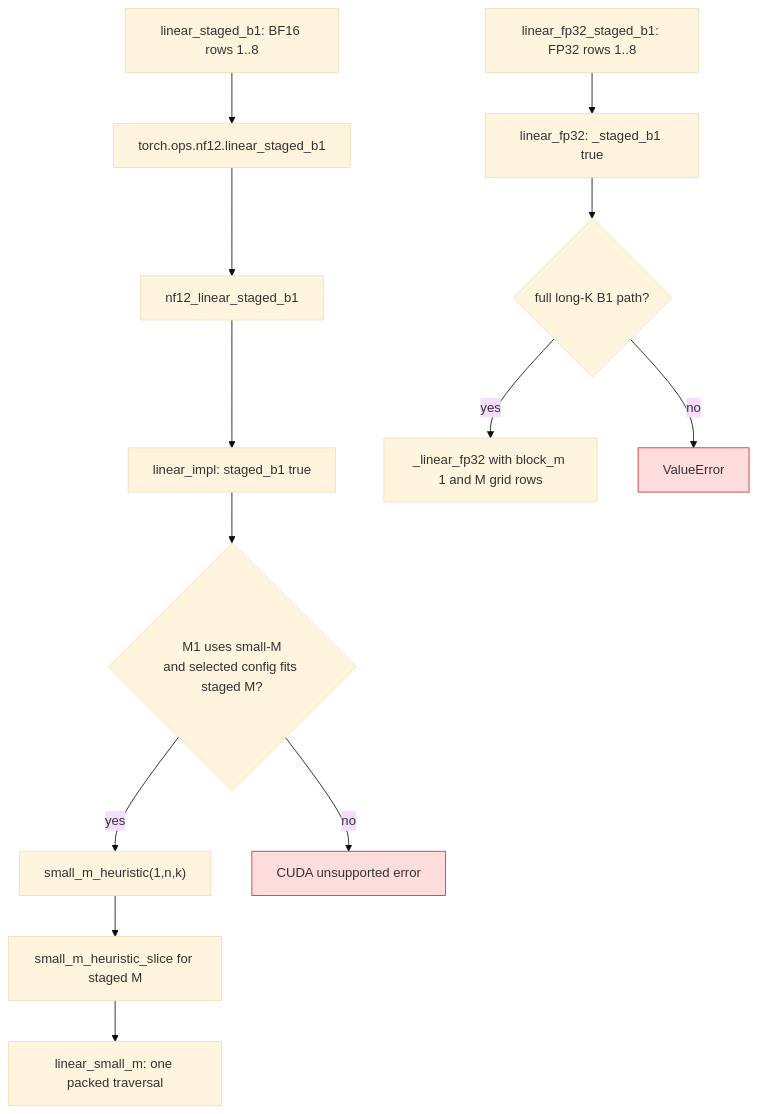
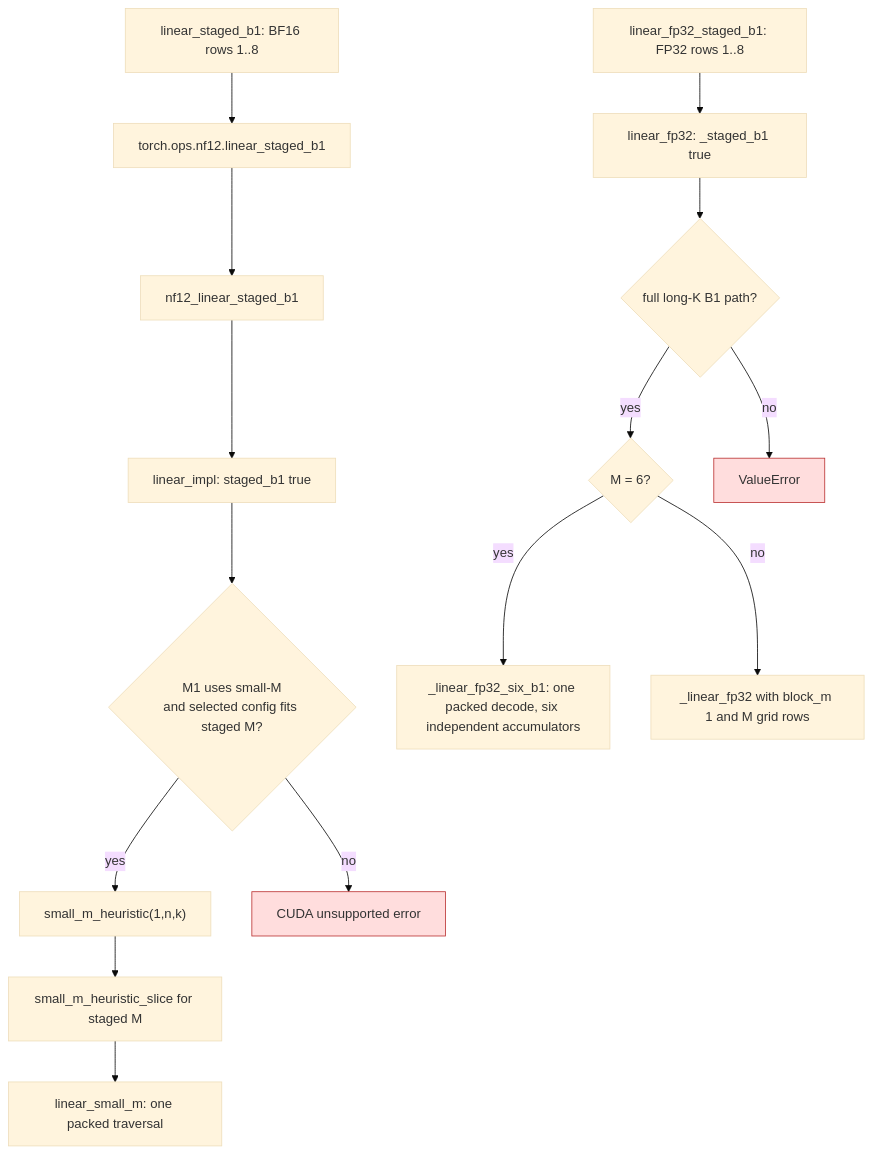
The diagram in docs/nf12-staged-b1-projections.md (ModelCloud/GPTQModel), drawn with Mermaid (base theme) before and after one commit. The commit also changed other lines of this file and 2 other files, not shown here.

Commit message:
Fuse six FP32 staged B1 rows with one NF12 decode

````diff
--- a/docs/nf12-staged-b1-projections.md
+++ b/docs/nf12-staged-b1-projections.md
@@ -12,18 +12,20 @@
 ```mermaid
 flowchart TD
     A["linear_staged_b1: BF16 rows 1..8"] --> B["torch.ops.nf12.linear_staged_b1"]
     B --> C["nf12_linear_staged_b1"]
     C --> D["linear_impl: staged_b1 true"]
     D --> E{"M1 uses small-M<br/>and selected config fits staged M?"}
     E -->|yes| F["small_m_heuristic(1,n,k)"]
     F --> G["small_m_heuristic_slice for staged M"]
     G --> H["linear_small_m: one packed traversal"]
     E -->|no| X["CUDA unsupported error"]
     X:::error
     I["linear_fp32_staged_b1: FP32 rows 1..8"] --> J["linear_fp32: _staged_b1 true"]
     J --> K{"full long-K B1 path?"}
-    K -->|yes| L["_linear_fp32 with block_m 1 and M grid rows"]
+    K -->|yes| L{"M = 6?"}
+    L -->|yes| M["_linear_fp32_six_b1: one packed decode, six independent accumulators"]
+    L -->|no| N["_linear_fp32 with block_m 1 and M grid rows"]
     K -->|no| Y["ValueError"]
     Y:::error
     classDef error fill:#fdd,stroke:#b33
 ```
````
